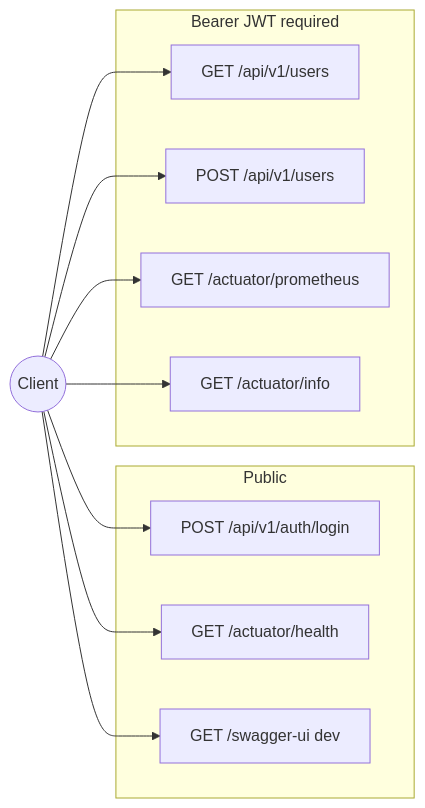
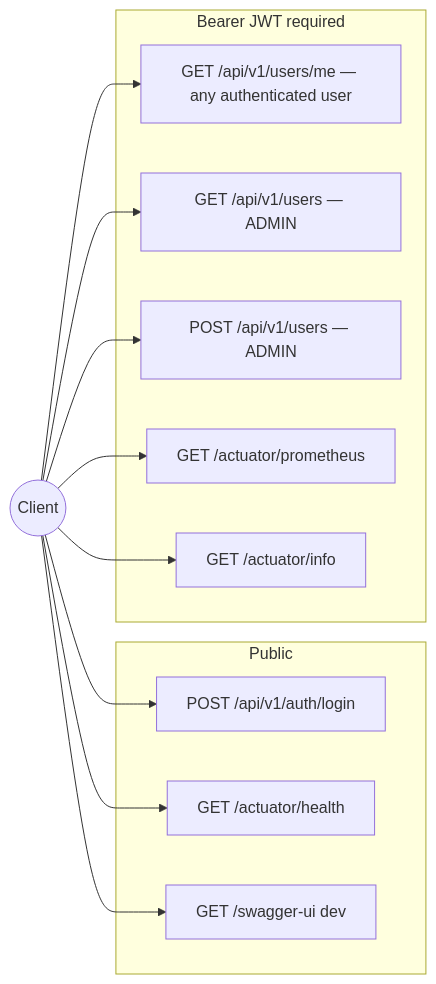
One commit to KleilsonSantos/VaultSpring changed the first of 2 diagrams in docs/api.md. Above: the diagram before and after it, drawn with Mermaid. The commit also changed other lines of this file and 14 other files, not shown here.

First line of the commit message:
feat: add RBAC on user API with roles and /users/me endpoint

````diff
--- a/docs/api.md
+++ b/docs/api.md
@@ -7,21 +7,23 @@
 ```mermaid
 flowchart LR
   subgraph public [Public]
     LOGIN["POST /api/v1/auth/login"]
     HEALTH["GET /actuator/health"]
     SWAG["GET /swagger-ui dev"]
   end
   subgraph auth [Bearer JWT required]
-    GET["GET /api/v1/users"]
-    POST["POST /api/v1/users"]
+    ME["GET /api/v1/users/me — any authenticated user"]
+    GET["GET /api/v1/users — ADMIN"]
+    POST["POST /api/v1/users — ADMIN"]
     PROM["GET /actuator/prometheus"]
     INFO["GET /actuator/info"]
   end
   CLIENT((Client)) --> LOGIN
+  CLIENT --> ME
   CLIENT --> GET
   CLIENT --> POST
   CLIENT --> HEALTH
   CLIENT --> SWAG
   CLIENT --> PROM
   CLIENT --> INFO
 ```
````
